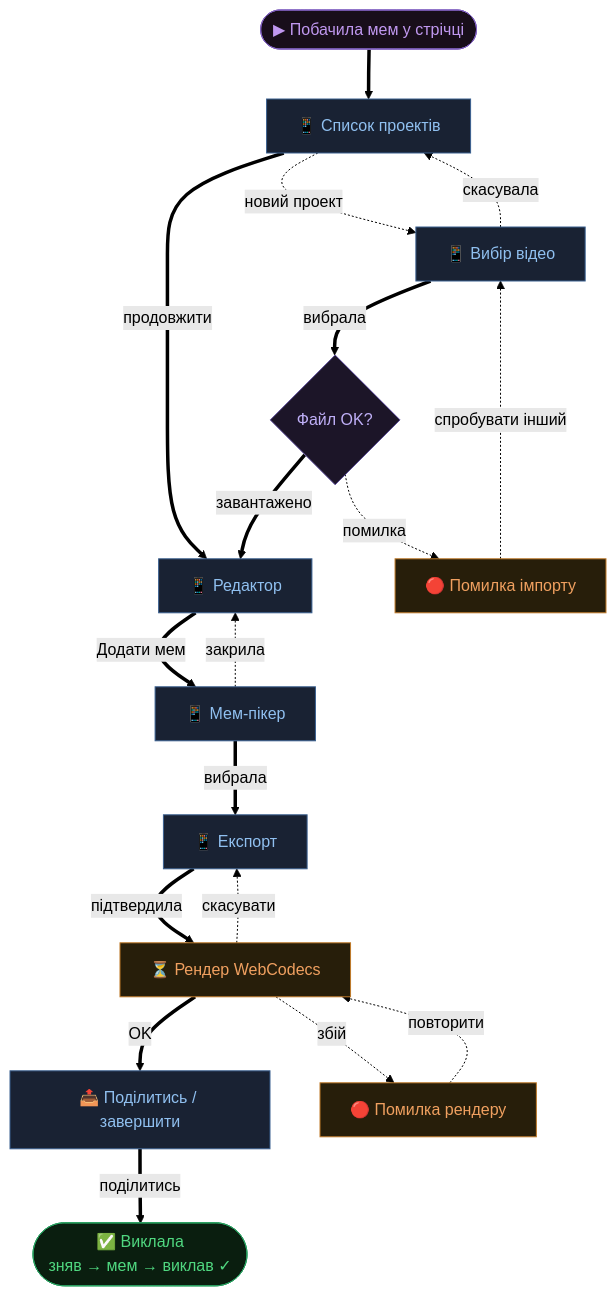
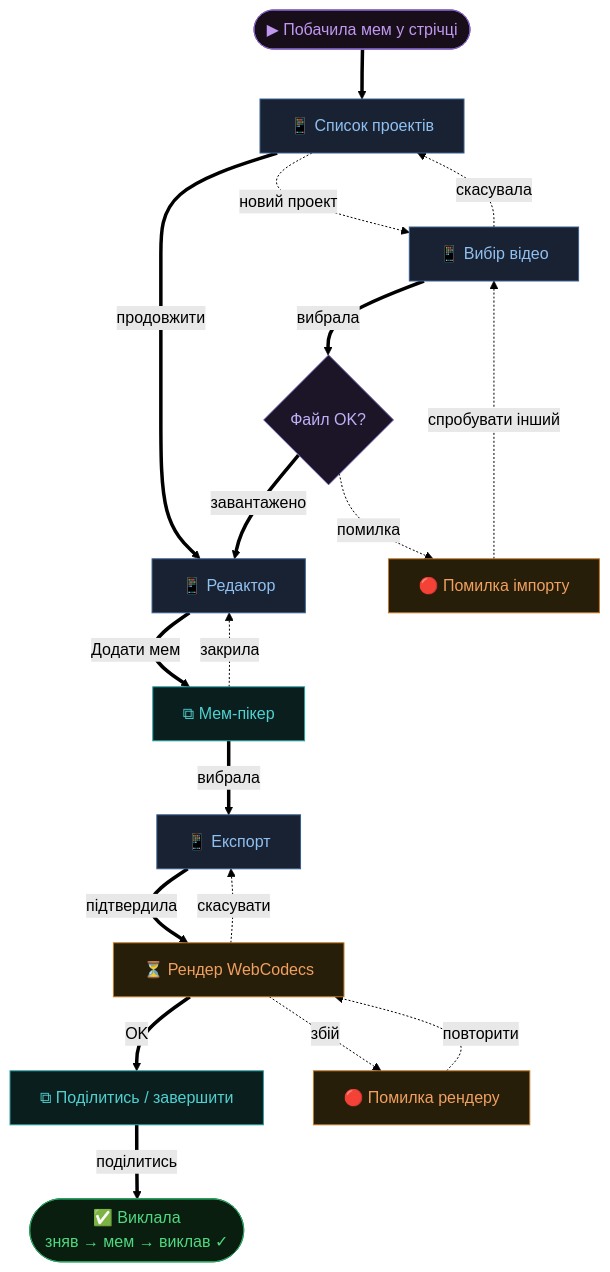
Before and after one commit to Zhmenya92/Memkat: the first of 6 diagrams in research/flows.md, drawn with Mermaid (forest theme). The commit also changed other lines of this file and 3 other files, not shown here.

````diff
--- a/research/flows.md
+++ b/research/flows.md
@@ -19,32 +20,33 @@
 ```mermaid
 flowchart TD
     classDef screen  fill:#192233,stroke:#3a6090,color:#90c0f0
+    classDef panel   fill:#0a1e1e,stroke:#28a0a0,color:#50d0d0
     classDef state   fill:#271e0a,stroke:#c07a28,color:#f0a060
     classDef decide  fill:#1c1528,stroke:#6050a0,color:#c0b0f8
     classDef ok      fill:#0a1e0f,stroke:#28a060,color:#50d880
     classDef fail    fill:#22080a,stroke:#903030,color:#f05060
     classDef trigger fill:#180e1a,stroke:#8060c0,color:#c098f0
 
     T(["▶ Побачила мем у стрічці"]):::trigger
 
     T ==> PL["📱 Список проектів"]:::screen
     PL == продовжити ==> ED["📱 Редактор"]:::screen
     PL -. новий проект .-> IMP["📱 Вибір відео"]:::screen
 
     IMP == вибрала ==> Q3{Файл OK?}:::decide
     IMP -. скасувала .-> PL
     Q3 -. помилка .-> IMP_E["🔴 Помилка імпорту"]:::state
     IMP_E -. спробувати інший .-> IMP
     Q3 == завантажено ==> ED
 
-    ED == Додати мем ==> MP["📱 Мем-пікер"]:::screen
+    ED == Додати мем ==> MP["⧉ Мем-пікер"]:::panel
     MP -. закрила .-> ED
     MP == вибрала ==> EXP["📱 Експорт"]:::screen
 
     EXP == підтвердила ==> REND["⏳ Рендер WebCodecs"]:::state
     REND -. скасувати .-> EXP
-    REND == OK ==> SHARE["📤 Поділитись / завершити"]:::screen
+    REND == OK ==> SHARE["⧉ Поділитись / завершити"]:::panel
     REND -. збій .-> REND_E["🔴 Помилка рендеру"]:::state
     REND_E -. повторити .-> REND
     SHARE == поділитись ==> OK(["✅ Виклала\nзняв → мем → виклав ✓"]):::ok
 ```
````
